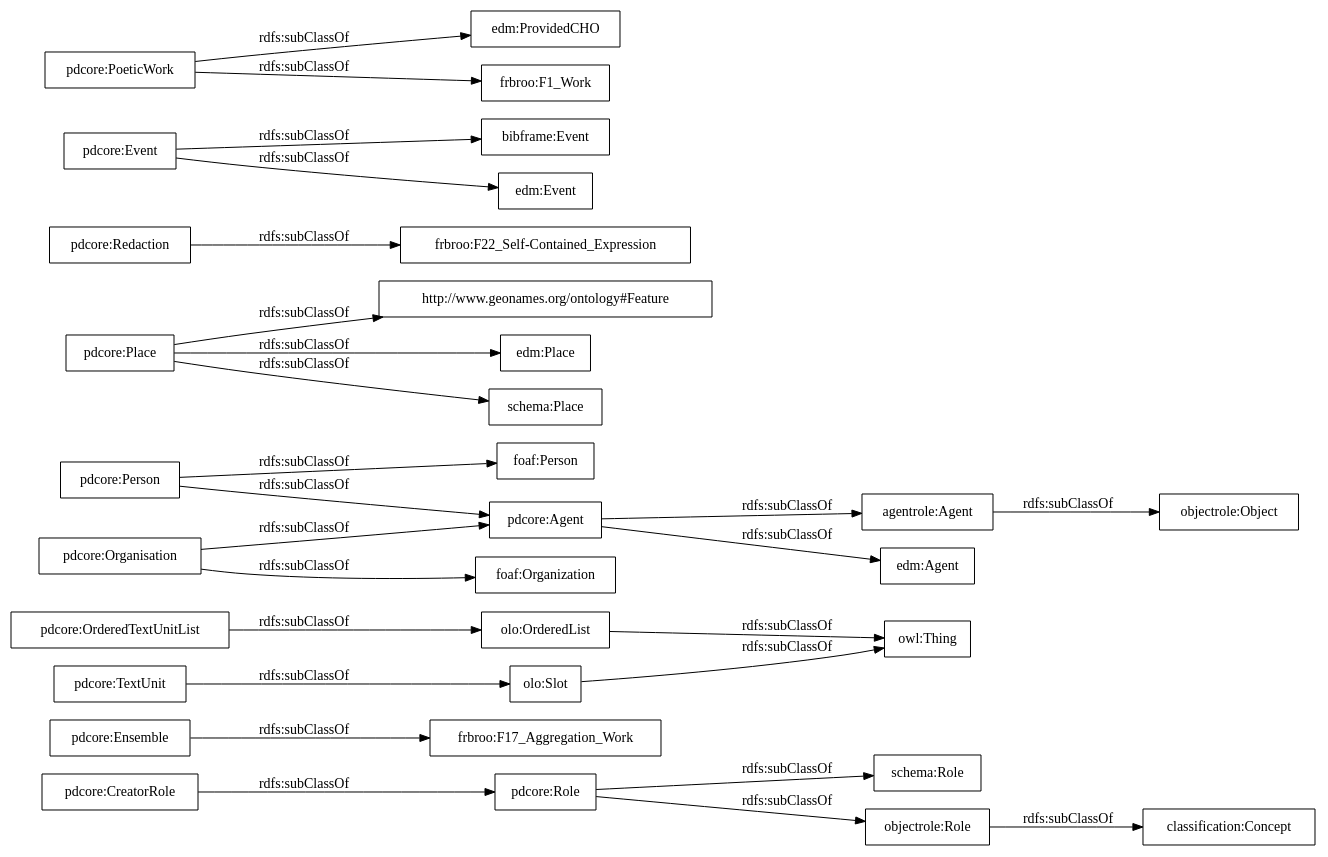
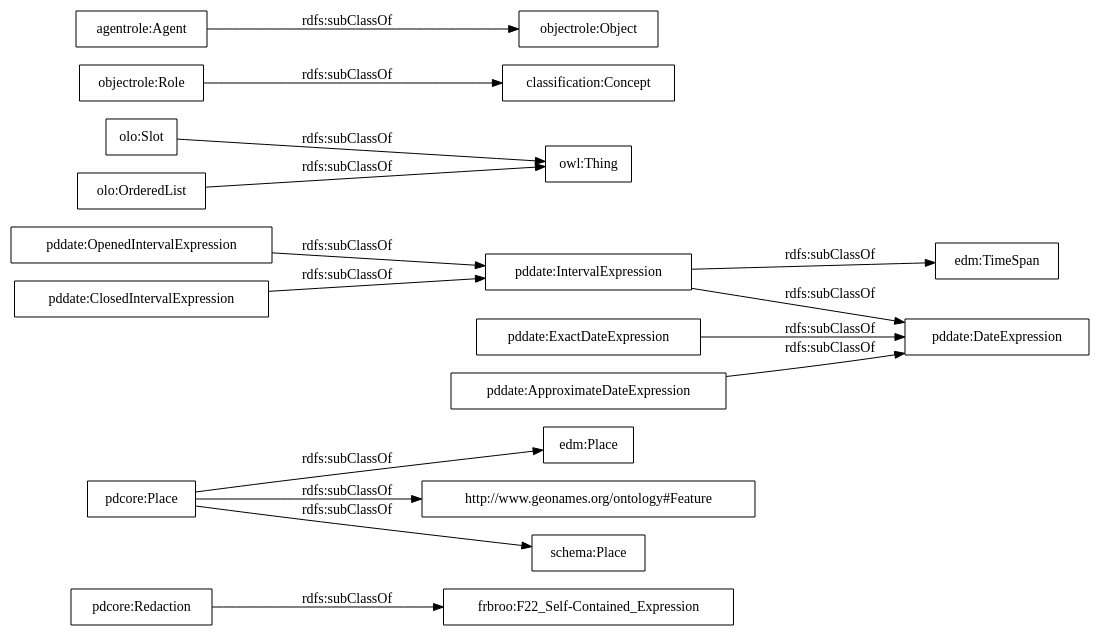
One commit to linhd-postdata/core-ontology changed the diagram in OnToology/postdata-core.owl/diagrams/ar2dtool-taxonomy/postdata-core.owl.png.dot. Above: the diagram before and after it, drawn with Graphviz. The commit also changed 12 other files, not shown here.

```diff
--- a/OnToology/postdata-core.owl/diagrams/ar2dtool-taxonomy/postdata-core.owl.png.dot
+++ b/OnToology/postdata-core.owl/diagrams/ar2dtool-taxonomy/postdata-core.owl.png.dot
@@ -1,30 +1,20 @@
 digraph ar2dtool_diagram { 
 rankdir=LR;
 size="1000"
-node [shape = rectangle, color="black"]; "pdcore:Role" "frbroo:F17_Aggregation_Work" "pdcore:OrderedTextUnitList" "agentrole:Agent" "http://www.geonames.org/ontology#Feature" "edm:Agent" "pdcore:Agent" "pdcore:CreatorRole" "pdcore:Person" "pdcore:Organisation" "edm:Place" "pdcore:Redaction" "pdcore:Ensemble" "foaf:Person" "frbroo:F22_Self-Contained_Expression" "bibframe:Event" "edm:Event" "pdcore:TextUnit" "foaf:Organization" "edm:ProvidedCHO" "pdcore:Place" "schema:Place" "pdcore:Event" "pdcore:PoeticWork" "frbroo:F1_Work" "schema:Role" "owl:Thing" "objectrole:Role" "objectrole:Object" "olo:Slot" "olo:OrderedList" "classification:Concept" ; /*classes style*/
+node [shape = rectangle, color="black"]; "frbroo:F22_Self-Contained_Expression" "edm:Place" "pdcore:Redaction" "http://www.geonames.org/ontology#Feature" "pdcore:Place" "schema:Place" "pddate:OpenedIntervalExpression" "pddate:ClosedIntervalExpression" "pddate:IntervalExpression" "pddate:ExactDateExpression" "edm:TimeSpan" "pddate:DateExpression" "pddate:ApproximateDateExpression" "owl:Thing" "objectrole:Role" "objectrole:Object" "agentrole:Agent" "olo:Slot" "olo:OrderedList" "classification:Concept" ; /*classes style*/
 	"pdcore:Redaction" -> "frbroo:F22_Self-Contained_Expression" [ label = "rdfs:subClassOf" ];
-	"pdcore:Role" -> "objectrole:Role" [ label = "rdfs:subClassOf" ];
-	"pdcore:Role" -> "schema:Role" [ label = "rdfs:subClassOf" ];
-	"pdcore:Event" -> "edm:Event" [ label = "rdfs:subClassOf" ];
-	"pdcore:Event" -> "bibframe:Event" [ label = "rdfs:subClassOf" ];
-	"pdcore:Person" -> "foaf:Person" [ label = "rdfs:subClassOf" ];
-	"pdcore:Person" -> "pdcore:Agent" [ label = "rdfs:subClassOf" ];
+	"pddate:ClosedIntervalExpression" -> "pddate:IntervalExpression" [ label = "rdfs:subClassOf" ];
+	"pddate:IntervalExpression" -> "edm:TimeSpan" [ label = "rdfs:subClassOf" ];
+	"pddate:IntervalExpression" -> "pddate:DateExpression" [ label = "rdfs:subClassOf" ];
 	"olo:OrderedList" -> "owl:Thing" [ label = "rdfs:subClassOf" ];
 	"olo:Slot" -> "owl:Thing" [ label = "rdfs:subClassOf" ];
-	"pdcore:PoeticWork" -> "frbroo:F1_Work" [ label = "rdfs:subClassOf" ];
-	"pdcore:PoeticWork" -> "edm:ProvidedCHO" [ label = "rdfs:subClassOf" ];
-	"pdcore:TextUnit" -> "olo:Slot" [ label = "rdfs:subClassOf" ];
 	"agentrole:Agent" -> "objectrole:Object" [ label = "rdfs:subClassOf" ];
-	"pdcore:Ensemble" -> "frbroo:F17_Aggregation_Work" [ label = "rdfs:subClassOf" ];
-	"pdcore:OrderedTextUnitList" -> "olo:OrderedList" [ label = "rdfs:subClassOf" ];
-	"pdcore:Agent" -> "agentrole:Agent" [ label = "rdfs:subClassOf" ];
-	"pdcore:Agent" -> "edm:Agent" [ label = "rdfs:subClassOf" ];
+	"pddate:ExactDateExpression" -> "pddate:DateExpression" [ label = "rdfs:subClassOf" ];
+	"pddate:ApproximateDateExpression" -> "pddate:DateExpression" [ label = "rdfs:subClassOf" ];
+	"pddate:OpenedIntervalExpression" -> "pddate:IntervalExpression" [ label = "rdfs:subClassOf" ];
 	"objectrole:Role" -> "classification:Concept" [ label = "rdfs:subClassOf" ];
+	"pdcore:Place" -> "http://www.geonames.org/ontology#Feature" [ label = "rdfs:subClassOf" ];
 	"pdcore:Place" -> "edm:Place" [ label = "rdfs:subClassOf" ];
 	"pdcore:Place" -> "schema:Place" [ label = "rdfs:subClassOf" ];
-	"pdcore:Place" -> "http://www.geonames.org/ontology#Feature" [ label = "rdfs:subClassOf" ];
-	"pdcore:Organisation" -> "foaf:Organization" [ label = "rdfs:subClassOf" ];
-	"pdcore:Organisation" -> "pdcore:Agent" [ label = "rdfs:subClassOf" ];
-	"pdcore:CreatorRole" -> "pdcore:Role" [ label = "rdfs:subClassOf" ];
 
 }
```
